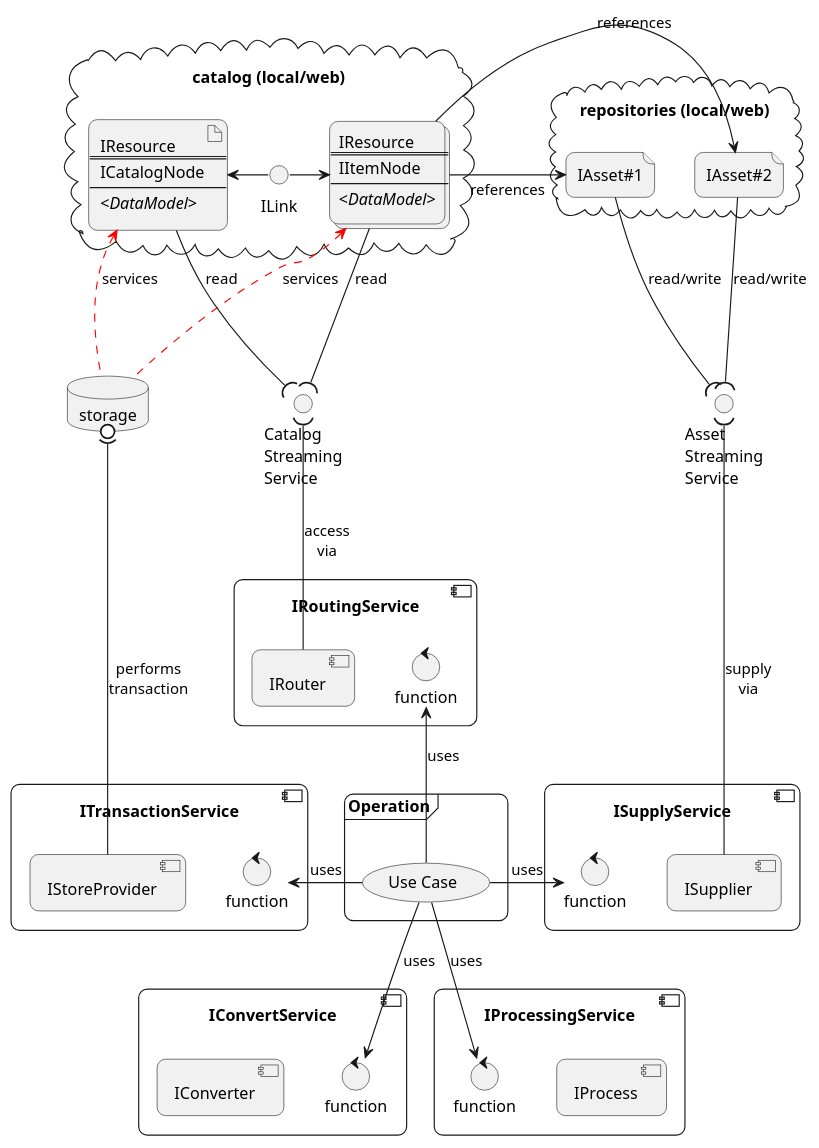
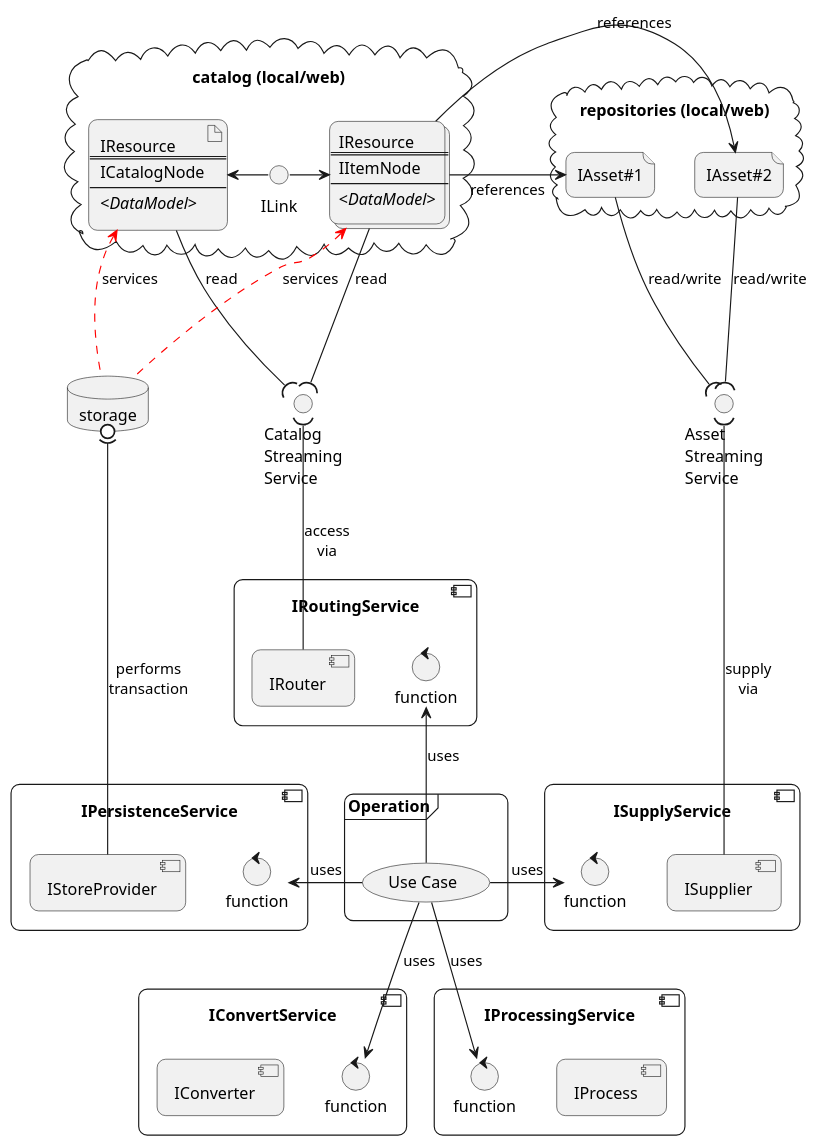
Before and after one commit to Terradue/Stars: the diagram in docs/diagrams/design.puml, drawn with PlantUML. The commit also changed 14 other files, not shown here.

```diff
--- a/docs/diagrams/design.puml
+++ b/docs/diagrams/design.puml
@@ -1,92 +1,92 @@
 @startuml Conceptual Design
 
 skinparam roundCorner 15
 
 frame Operation {
     usecase "Use Case" as uc
 }
 
 component IRoutingService {
     component IRouter
     control function as routingFunction
 }
 
 
 
 cloud "catalog (local/web)" as catalog {
     artifact IResource1 [
     IResource
     ====
     ICatalogNode
     ----
     <<i>DataModel</i>>
     ]
     collections IResource2 [
     IResource
     ====
     IItemNode
     ----
     <<i>DataModel</i>>
     ]
     interface ILink
     IResource1 <- ILink
     ILink -> IResource2
 }
 
 component ISupplyService {
     component ISupplier
     control function as supplyFunction
 }
 
 database storage {
 
 }
 
-component ITransactionService {
+component IPersistenceService {
     component IStoreProvider
     control function as transactionFunction
 }
 
 component IConvertService {
     control function as convertFunction
     component IConverter
 }
 
 component IProcessingService {
     component IProcess
     control function as processFunction
 }
 
 uc -up-> routingFunction : uses
 uc -right-> supplyFunction : uses
 uc -> transactionFunction : uses
 uc -down-> convertFunction : uses
 uc -down-> processFunction : uses
 
 cloud "repositories (local/web)" as repo {
     file "IAsset#1" as IAsset1
     file "IAsset#2" as IAsset2
 }
 
 interface "Catalog\nStreaming\nService" as protocol
 IResource1 -down-( protocol : "read"
 IResource2 -down-( protocol : "read"
 protocol )-down- IRouter : "access\nvia"
 
 IResource2 -> IAsset1 : "references"
 IResource2 -> IAsset2 : "references"
 
 interface "Asset\nStreaming\nService" as protocol2
 
 IAsset1 -down-( protocol2 : "read/write"
 IAsset2 -down-( protocol2 : "read/write"
 protocol2 )-down- ISupplier : "supply\nvia"
 
 storage 0)-down- IStoreProvider : "performs\ntransaction"
 
 storage -up-> IResource1 #red;line.dashed : services
 storage -up-> IResource2 #red;line.dashed : services
 
 
 
 @enduml
```
